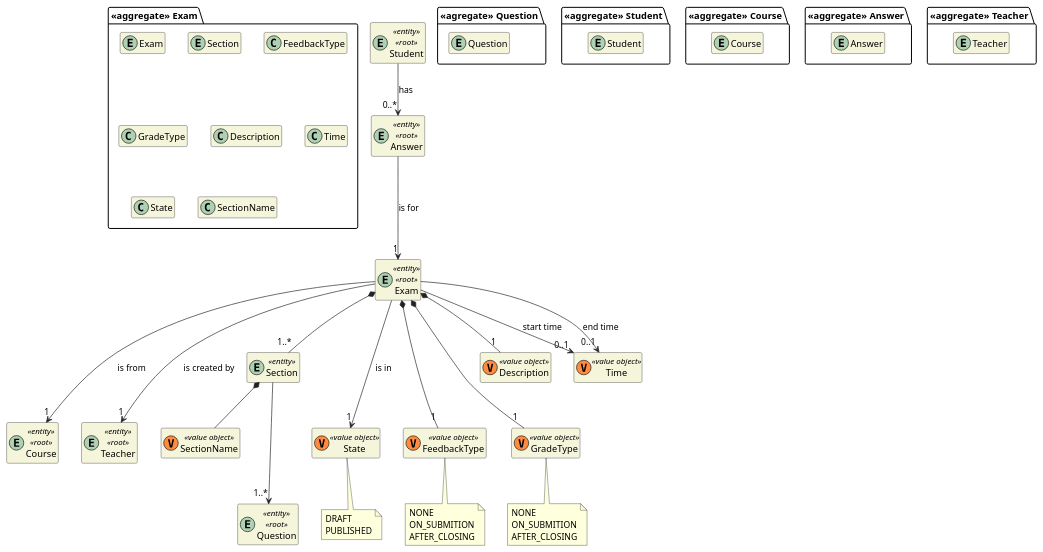
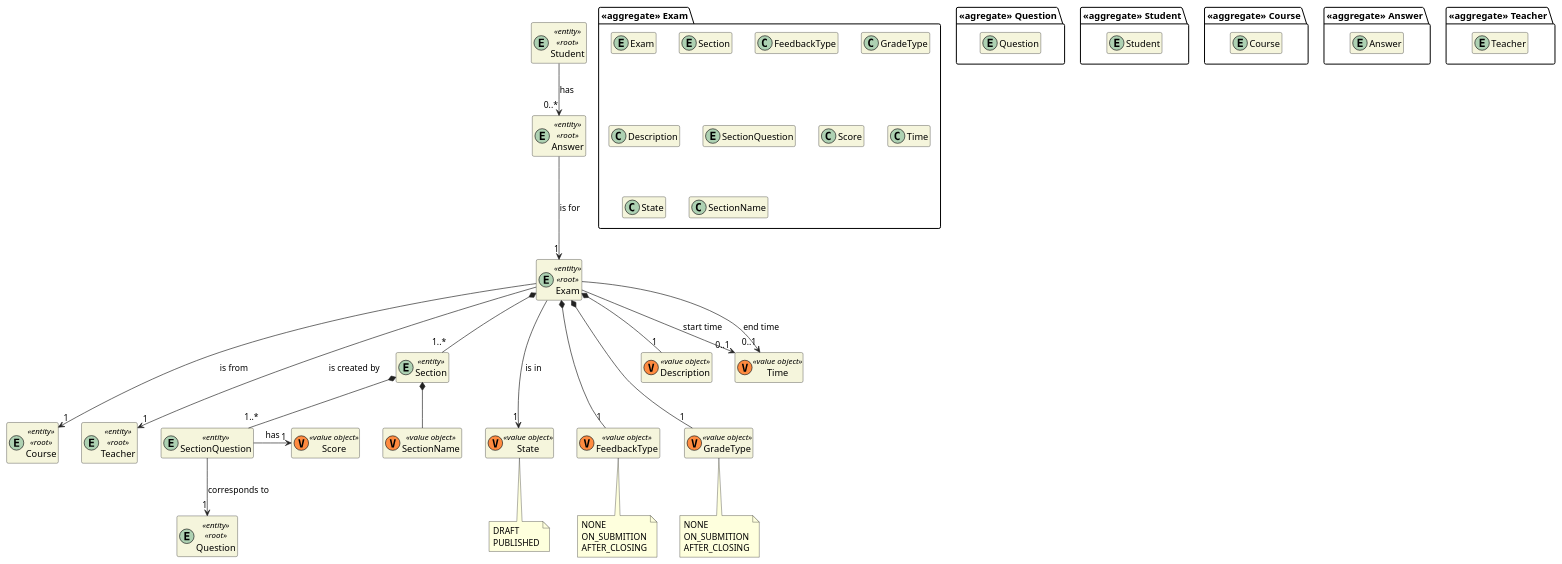
The diagram in docs/dm/DM_Exam.puml (miseEnPlace-dev/lapr4), drawn with PlantUML before and after one commit. The commit also changed 2 other files, not shown here.

```diff
--- a/docs/dm/DM_Exam.puml
+++ b/docs/dm/DM_Exam.puml
@@ -1,110 +1,120 @@
 @startuml DM-EXAM
 'https://plantuml.com/class-diagram
 
 skinparam classAttributeIconSize 0
 hide empty attributes
 hide empty methods
 skinparam classBackgroundColor beige
 skinparam ArrowColor #222222
 
 package "<<aggregate>> Exam" {
   entity Exam
 
   entity Section
 
   class FeedbackType
   class GradeType
   class Description
 
+  entity SectionQuestion
+  class Score
+
   class Time
 
   class State
 
   class SectionName
 }
 
 package "<<agregate>> Question" {
   entity Question
 }
 
 package "<<aggregate>> Student" {
   entity Student
+}
+
+entity SectionQuestion <<entity>> {
 }
 
 entity Student <<entity>> <<root>> {
 }
 
 package "<<aggregate>> Course" {
   entity Course
 }
 
 entity Course <<entity>> <<root>> {
 }
 
 package "<<aggregate>> Answer" {
   entity Answer
 }
 
 entity Answer <<entity>> <<root>> {
 }
 
 package "<<aggregate>> Teacher" {
   entity Teacher
 }
 
 entity Teacher <<entity>> <<root>> {
 }
 
 entity Exam <<entity>> <<root>> {
 }
 
 entity Section <<entity>> {}
 
 class SectionName <<(V,#FF8B40) value object>> {}
 class State <<(V,#FF8B40) value object>> {}
 
 class FeedbackType <<(V,#FF8B40) value object>> {}
 class GradeType <<(V,#FF8B40) value object>> {}
 class Description <<(V,#FF8B40) value object>> {}
 class Time <<(V,#FF8B40) value object>> {}
+class Score <<(V,#FF8B40) value object>> {}
 
 entity Question <<entity>> <<root>> {}
 
 Exam --> "0..1" Time : start time
 Exam --> "0..1" Time : end time
 
 Exam ---> "1" State : is in
 
 note bottom of State
   DRAFT
   PUBLISHED
 end note
 
 Exam *-- "1..*" Section
 Exam ---> "1" Course : is from
 Exam ---> "1" Teacher : is created by
 
 Exam *--- "1" FeedbackType
 Exam *--- "1" GradeType
 Exam *-- "1" Description
 
 note bottom of FeedbackType
   NONE
   ON_SUBMITION
   AFTER_CLOSING
 end note
 
 note bottom of GradeType
   NONE
   ON_SUBMITION
   AFTER_CLOSING
 end note
 
-Section ---> "1..*" Question
+Section *-- "1..*" SectionQuestion
+SectionQuestion --> "1" Question : corresponds to
+SectionQuestion -> "1" Score : has
+
 Section *-- SectionName
 
 Student --> "0..*" Answer : has
 
 Answer ---> "1" Exam : is for
 
 @enduml
```
